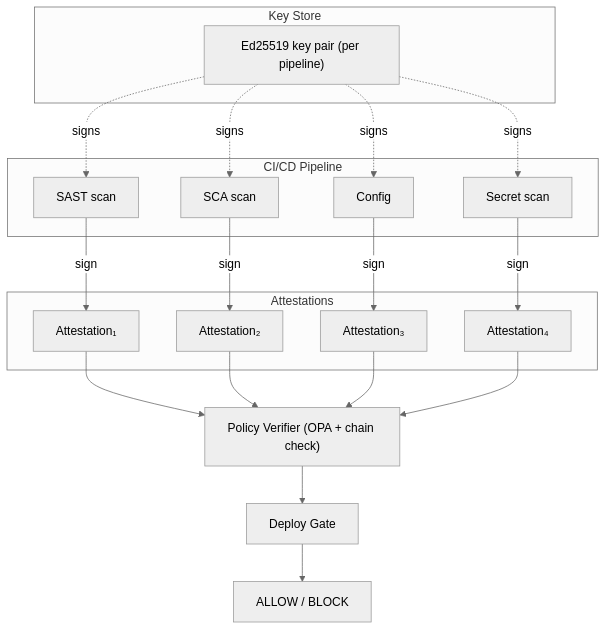
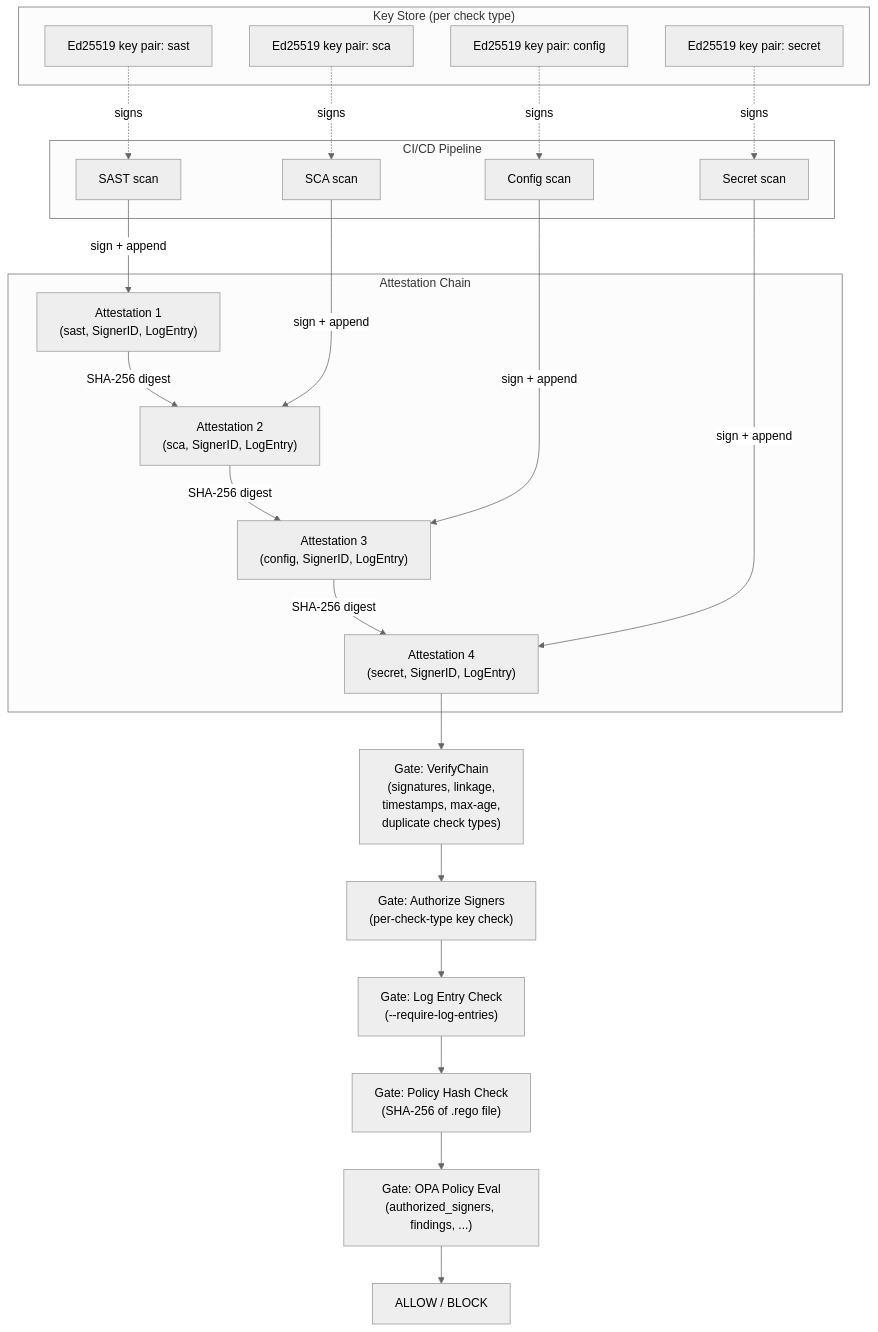
One commit to MemerGamer/devsecops-attestation changed the diagram in docs/architecture.md. Above: the diagram before and after it, drawn with Mermaid (neutral theme). The commit also changed other lines of this file and 6 other files, not shown here.

Commit message:
docs: update documentation to reflect zero-trust architecture

````diff
--- a/docs/architecture.md
+++ b/docs/architecture.md
@@ -7,37 +7,43 @@
 ```mermaid
 flowchart TB
     subgraph CI["CI/CD Pipeline"]
         SAST["SAST scan"]
         SCA["SCA scan"]
-        CFG["Config"]
+        CFG["Config scan"]
         SEC["Secret scan"]
     end
 
-    subgraph AT["Attestations"]
-        A1["Attestation₁"]
-        A2["Attestation₂"]
-        A3["Attestation₃"]
-        A4["Attestation₄"]
+    subgraph KS["Key Store (per check type)"]
+        K1["Ed25519 key pair: sast"]
+        K2["Ed25519 key pair: sca"]
+        K3["Ed25519 key pair: config"]
+        K4["Ed25519 key pair: secret"]
     end
 
-    subgraph KS["Key Store"]
-        K["Ed25519 key pair (per pipeline)"]
+    subgraph AT["Attestation Chain"]
+        A1["Attestation 1\n(sast, SignerID, LogEntry)"]
+        A2["Attestation 2\n(sca, SignerID, LogEntry)"]
+        A3["Attestation 3\n(config, SignerID, LogEntry)"]
+        A4["Attestation 4\n(secret, SignerID, LogEntry)"]
+        A1 -->|SHA-256 digest| A2
+        A2 -->|SHA-256 digest| A3
+        A3 -->|SHA-256 digest| A4
     end
 
-    SAST -->|sign| A1
-    SCA -->|sign| A2
-    CFG -->|sign| A3
-    SEC -->|sign| A4
+    K1 -.->|signs| SAST
+    K2 -.->|signs| SCA
+    K3 -.->|signs| CFG
+    K4 -.->|signs| SEC
 
-    K -.->|signs| SAST
-    K -.->|signs| SCA
-    K -.->|signs| CFG
-    K -.->|signs| SEC
+    SAST -->|sign + append| A1
+    SCA -->|sign + append| A2
+    CFG -->|sign + append| A3
+    SEC -->|sign + append| A4
 
-    A1 --> PV["Policy Verifier (OPA + chain check)"]
-    A2 --> PV
-    A3 --> PV
-    A4 --> PV
-    PV --> DG["Deploy Gate"]
-    DG --> OUT["ALLOW / BLOCK"]
+    A4 --> GV["Gate: VerifyChain\n(signatures, linkage,\ntimestamps, max-age,\nduplicate check types)"]
+    GV --> GA["Gate: Authorize Signers\n(per-check-type key check)"]
+    GA --> GL["Gate: Log Entry Check\n(--require-log-entries)"]
+    GL --> GH["Gate: Policy Hash Check\n(SHA-256 of .rego file)"]
+    GH --> GP["Gate: OPA Policy Eval\n(authorized_signers, findings, ...)"]
+    GP --> OUT["ALLOW / BLOCK"]
 ```
````
